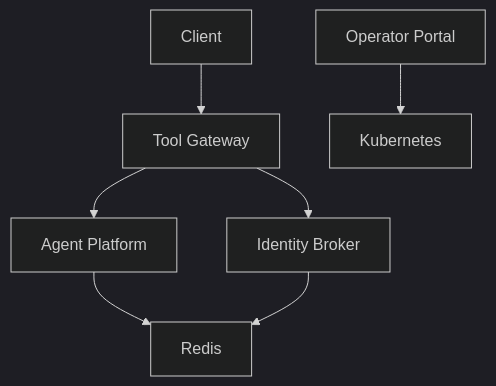
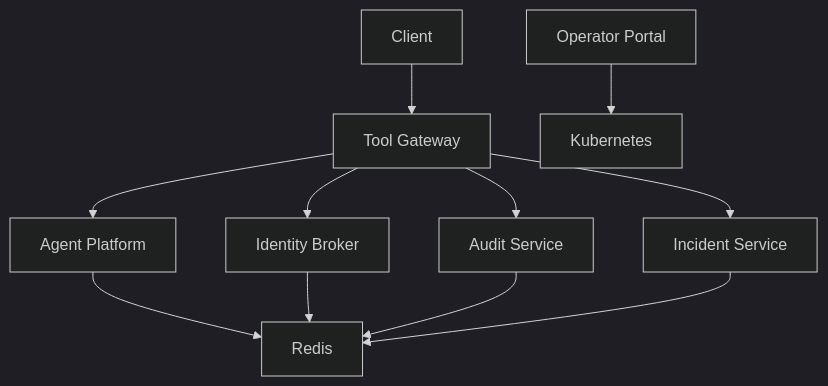
One commit to metasync/luban-aiops changed the second of 2 diagrams in .qoder/repowiki/en/content/Getting Started.md. Above: the diagram before and after it, drawn with Mermaid (dark theme). The commit also changed other lines of this file and 4 other files, not shown here.

````diff
--- a/.qoder/repowiki/en/content/Getting Started.md
+++ b/.qoder/repowiki/en/content/Getting Started.md
@@ -316,16 +408,22 @@
 ```mermaid
 graph TB
 Client["Client"]
 GW["Tool Gateway"]
 IDB["Identity Broker"]
 AP["Agent Platform"]
 OP["Operator Portal"]
+AS["Audit Service"]
+IS["Incident Service"]
 RDS["Redis"]
 K8S["Kubernetes"]
 Client --> GW
 GW --> IDB
 GW --> AP
+GW --> AS
+GW --> IS
 OP --> K8S
 AP --> RDS
 IDB --> RDS
+AS --> RDS
+IS --> RDS
 ```
````
